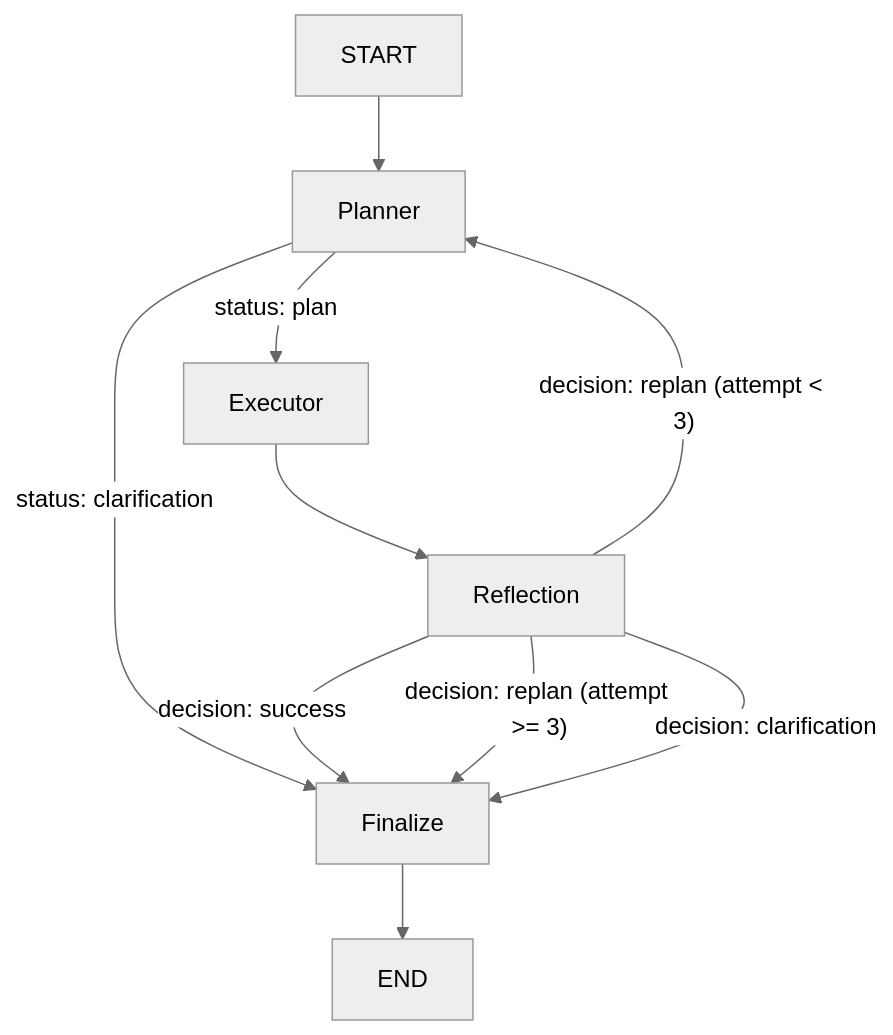
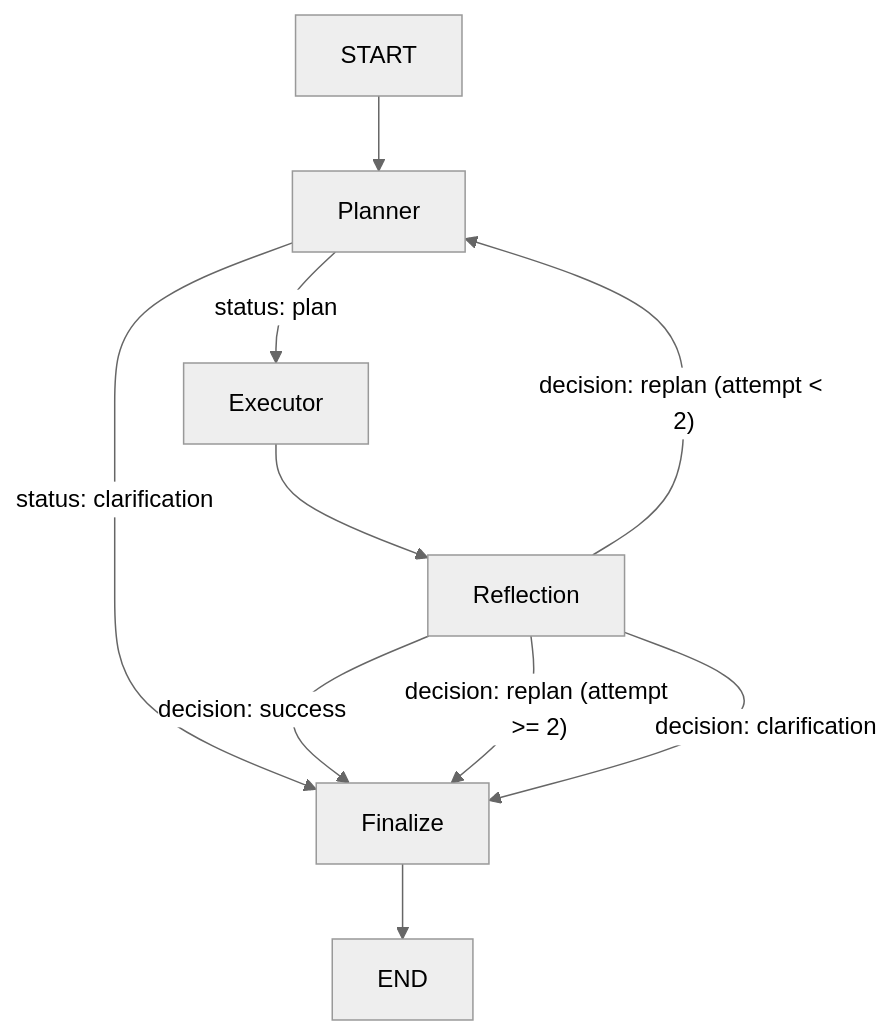
Before and after one commit to NourMansour911/eduhub: the diagram in src/services/chatbot/agents/rag/RAG_README.md, drawn with Mermaid (neutral theme). The commit also changed other lines of this file and 20 other files, not shown here.

````diff
--- a/src/services/chatbot/agents/rag/RAG_README.md
+++ b/src/services/chatbot/agents/rag/RAG_README.md
@@ -72,12 +72,12 @@
 ```mermaid
 graph TD
     START --> Planner
     Planner -- "status: plan" --> Executor
     Planner -- "status: clarification" --> Finalize
     Executor --> Reflection
     Reflection -- "decision: success" --> Finalize
-    Reflection -- "decision: replan (attempt < 3)" --> Planner
-    Reflection -- "decision: replan (attempt >= 3)" --> Finalize
+    Reflection -- "decision: replan (attempt < 2)" --> Planner
+    Reflection -- "decision: replan (attempt >= 2)" --> Finalize
     Reflection -- "decision: clarification" --> Finalize
     Finalize --> END
 ```
````
